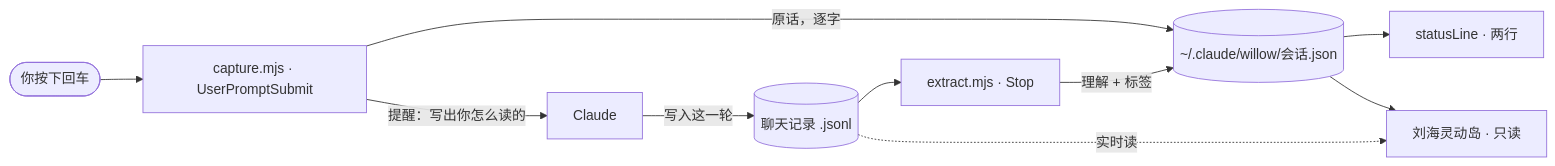
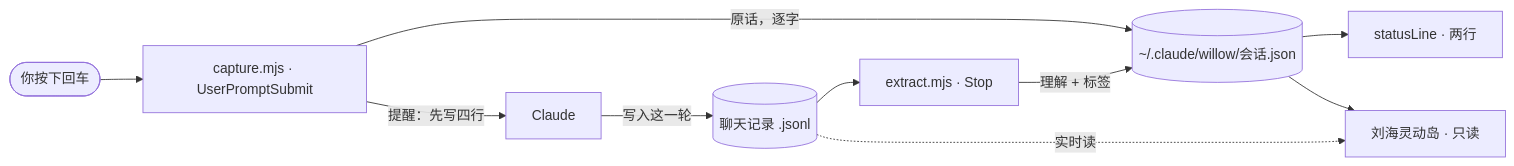
Before and after one commit to vulca-org/wishing-willow: the diagram in README.zh-CN.md, drawn with Mermaid. The commit also changed other lines of this file and 29 other files, not shown here.

First line of the commit message:
README 完整版：内嵌发布片、四行与「我补上的」、27 轮标注、按精简弹出重录全部素材、图卡与帖子链接（中英）

````diff
--- a/README.zh-CN.md
+++ b/README.zh-CN.md
@@ -151,12 +218,12 @@
 ```mermaid
 flowchart LR
   you(["你按下回车"]) --> capture["capture.mjs · UserPromptSubmit"]
   capture -- "原话，逐字" --> state[("~/.claude/willow/会话.json")]
-  capture -- "提醒：写出你怎么读的" --> claude["Claude"]
+  capture -- "提醒：先写四行" --> claude["Claude"]
   claude -- "写入这一轮" --> transcript[("聊天记录 .jsonl")]
   transcript --> extract["extract.mjs · Stop"]
   extract -- "理解 + 标签" --> state
   state --> statusline["statusLine · 两行"]
   state --> island["刘海灵动岛 · 只读"]
   transcript -. "实时读" .-> island
 ```
````
